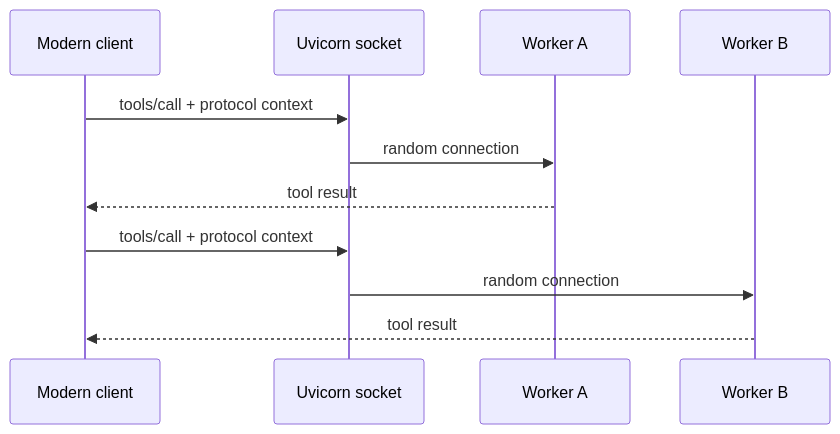
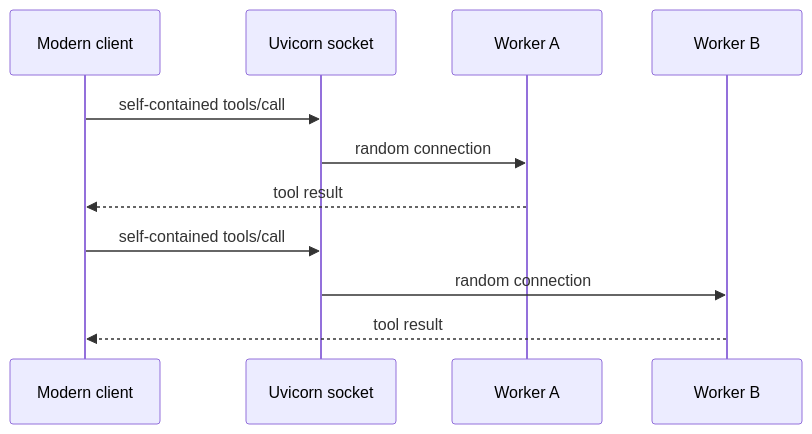
Before and after one commit to Giustino98/mcp-stateless-by-design: the third of 5 diagrams in README.md, drawn with Mermaid. The commit also changed other lines of this file and 24 other files, not shown here.

````diff
--- a/README.md
+++ b/README.md
@@ -94,14 +115,14 @@
 ```mermaid
 sequenceDiagram
     participant C as Modern client
     participant U as Uvicorn socket
     participant A as Worker A
     participant B as Worker B
 
-    C->>U: tools/call + protocol context
+    C->>U: self-contained tools/call
     U->>A: random connection
     A-->>C: tool result
-    C->>U: tools/call + protocol context
+    C->>U: self-contained tools/call
     U->>B: random connection
     B-->>C: tool result
 ```
````
